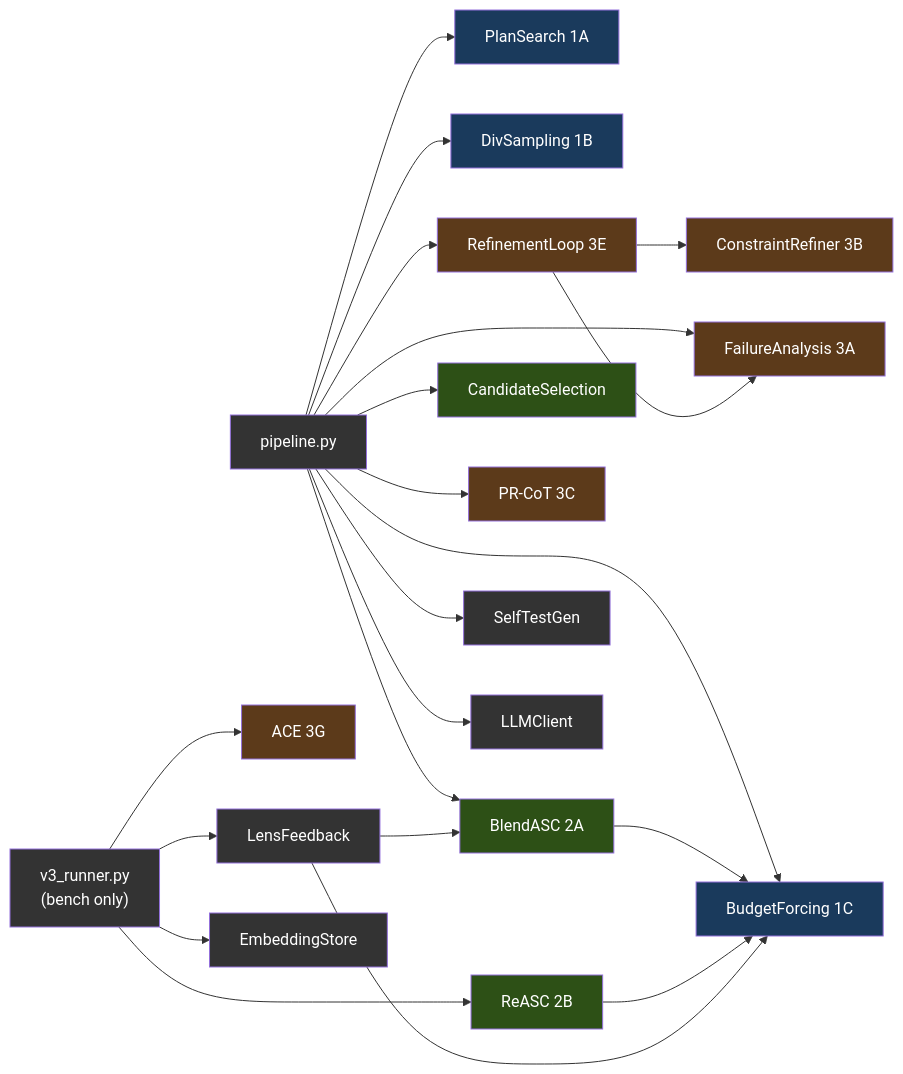
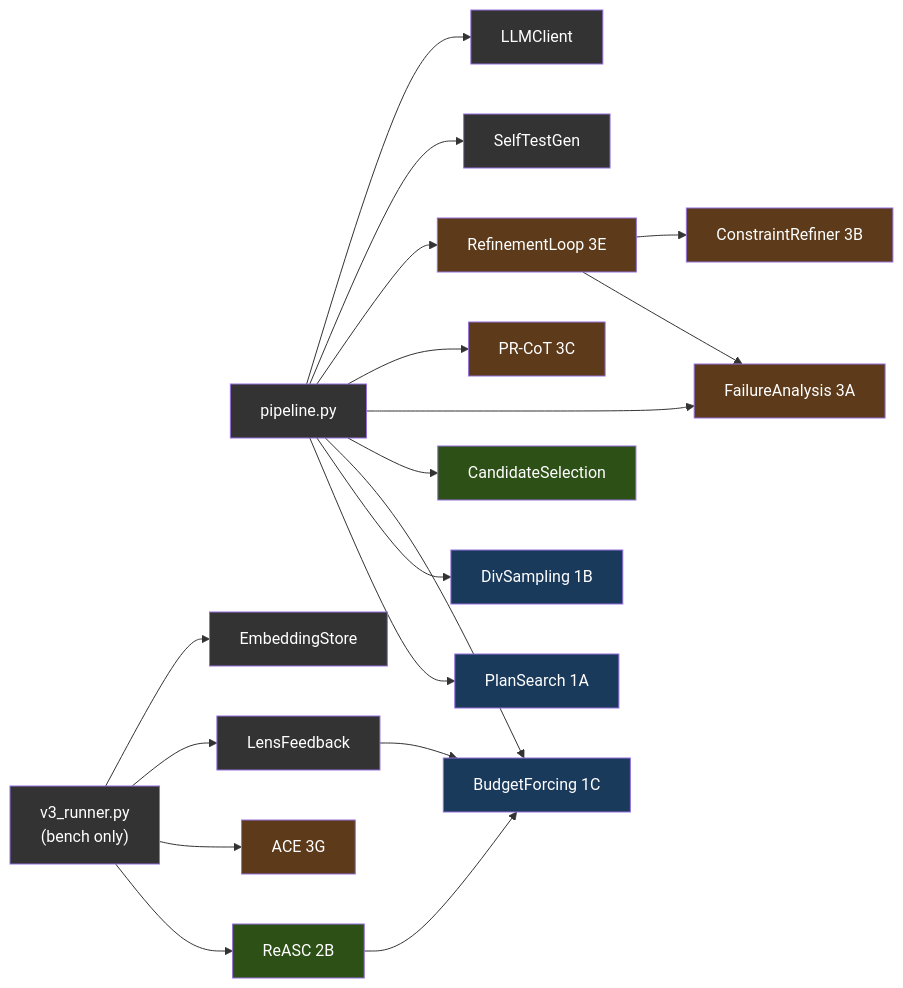
Before and after one commit to itigges22/ATLAS: the fourth of 11 diagrams in docs/ARCHITECTURE.md, drawn with Mermaid. The commit also changed other lines of this file and 12 other files, not shown here.

````diff
--- a/docs/ARCHITECTURE.md
+++ b/docs/ARCHITECTURE.md
@@ -349,42 +349,38 @@
 ```mermaid
 graph LR
     Main["pipeline.py"] --> PS["PlanSearch 1A"]
     Main --> DS["DivSampling 1B"]
     Main --> BF["BudgetForcing 1C"]
-    Main --> BASC["BlendASC 2A"]
     Bench["v3_runner.py\n(bench only)"] --> REASC["ReASC 2B"]
     Main --> CS["CandidateSelection"]
     Main --> FA["FailureAnalysis 3A"]
     Main --> PRCOT["PR-CoT 3C"]
     Main --> RL["RefinementLoop 3E"]
     Bench --> ACE["ACE 3G"]
     Main --> STG["SelfTestGen"]
     Main --> LLM["LLMClient"]
     Bench --> LF["LensFeedback"]
     Bench --> ES["EmbeddingStore"]
 
     RL --> FA
     RL --> CR["ConstraintRefiner 3B"]
-    BASC --> BF
     REASC --> BF
-    LF --> BASC
     LF --> BF
 
     style Main fill:#333,color:#fff
     style Bench fill:#333,color:#fff
     style PS fill:#1a3a5c,color:#fff
     style DS fill:#1a3a5c,color:#fff
     style BF fill:#1a3a5c,color:#fff
-    style BASC fill:#2d5016,color:#fff
     style REASC fill:#2d5016,color:#fff
     style CS fill:#2d5016,color:#fff
     style FA fill:#5c3a1a,color:#fff
     style CR fill:#5c3a1a,color:#fff
     style PRCOT fill:#5c3a1a,color:#fff
     style RL fill:#5c3a1a,color:#fff
     style ACE fill:#5c3a1a,color:#fff
     style STG fill:#333,color:#fff
     style LLM fill:#333,color:#fff
     style LF fill:#333,color:#fff
     style ES fill:#333,color:#fff
 ```
````
